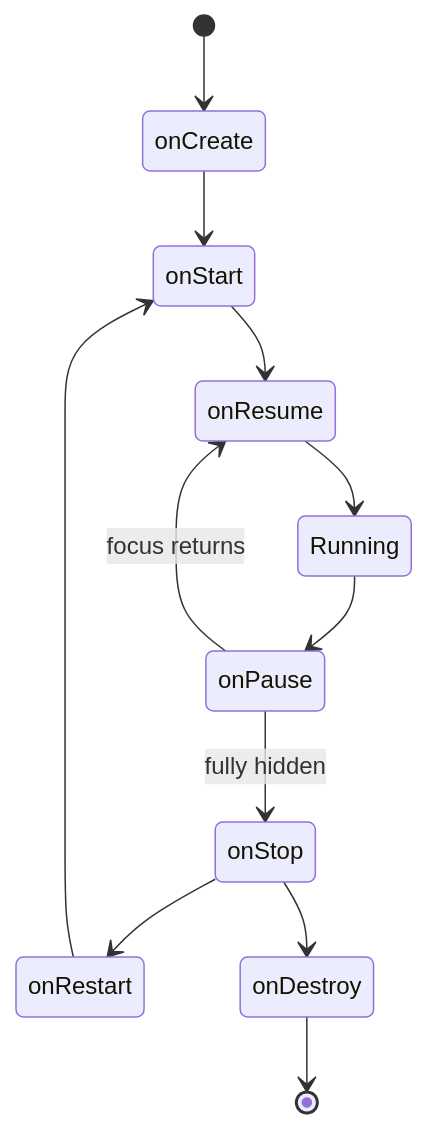
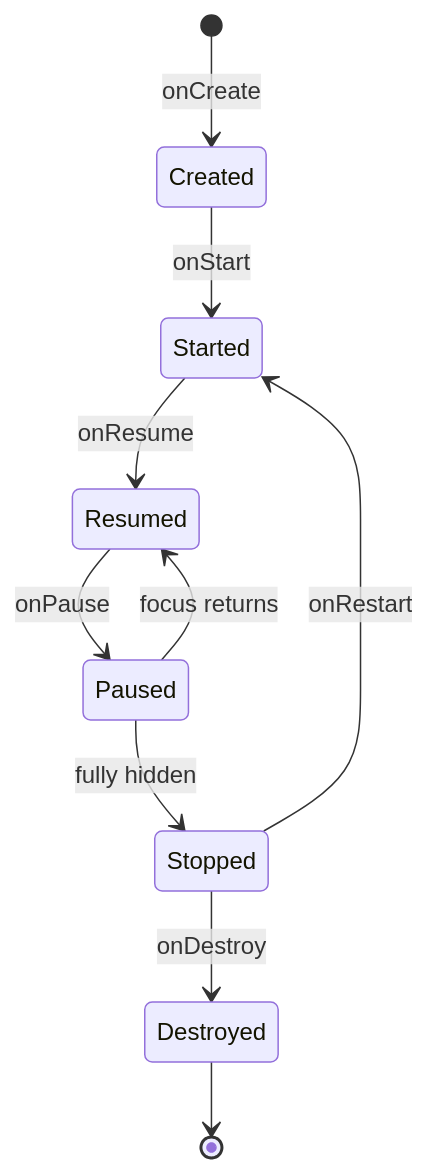
The third of 4 diagrams in _posts/2026-06-09-manifest-android-interview-01-android-framework.md (m1ser4ble/m1ser4ble.github.io), drawn with Mermaid before and after one commit. The commit also changed other lines of this file, not shown here.

```diff
--- a/_posts/2026-06-09-manifest-android-interview-01-android-framework.md
+++ b/_posts/2026-06-09-manifest-android-interview-01-android-framework.md
@@ -113,14 +152,12 @@
 <div class="mermaid">
 stateDiagram-v2
-    [*] --> onCreate
-    onCreate --> onStart
-    onStart --> onResume
-    onResume --> Running
-    Running --> onPause
-    onPause --> onResume: focus returns
-    onPause --> onStop: fully hidden
-    onStop --> onRestart
-    onRestart --> onStart
-    onStop --> onDestroy
-    onDestroy --> [*]
+    [*] --> Created: onCreate
+    Created --> Started: onStart
+    Started --> Resumed: onResume
+    Resumed --> Paused: onPause
+    Paused --> Resumed: focus returns
+    Paused --> Stopped: fully hidden
+    Stopped --> Started: onRestart
+    Stopped --> Destroyed: onDestroy
+    Destroyed --> [*]
 </div>
```
